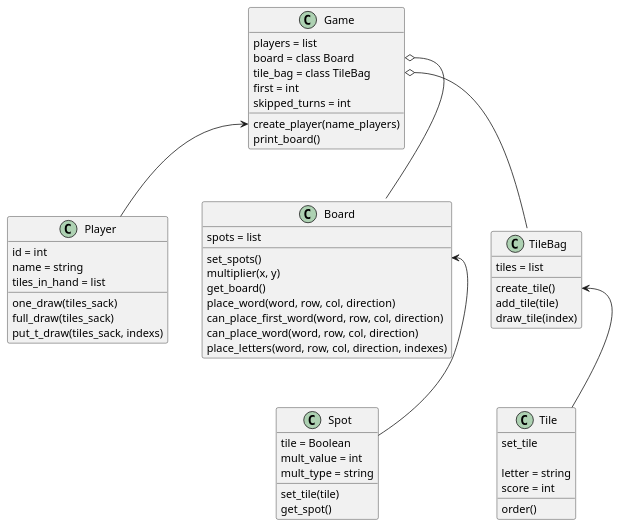
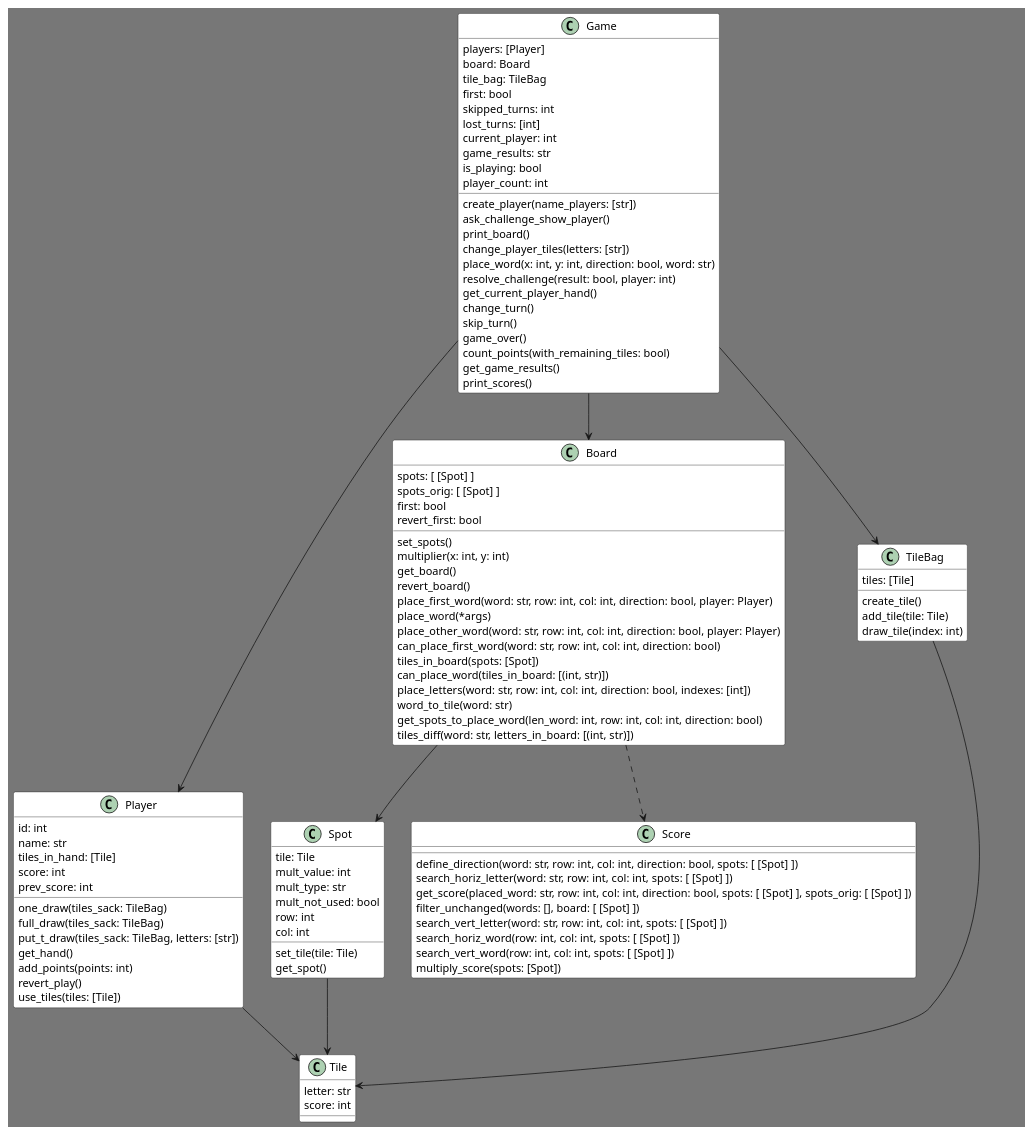
One commit to evbeda/games5 changed the diagram in scrabble/class_diagram.plantuml. Above: the diagram before and after it, drawn with PlantUML.

Commit message:
Update class diagram

```diff
--- a/scrabble/class_diagram.plantuml
+++ b/scrabble/class_diagram.plantuml
@@ -1,67 +1,116 @@
 @startuml scrabble
+skinparam ClassFontColor automatic
+skinparam ClassHeaderBackgroundColor #444
+skinparam ClassBackgroundColor #ffffff
+skinparam BackgroundColor #777
 
-class Game{
-    players = list
-    board = class Board
-    tile_bag = class TileBag
-    first = int
-    skipped_turns = int
+class Game {
+    players: [Player]
+    board: Board
+    tile_bag: TileBag
+    first: bool
+    skipped_turns: int
+    lost_turns: [int]
+    current_player: int
+    game_results: str
+    is_playing: bool
+    player_count: int
 
-    create_player(name_players)
+    create_player(name_players: [str])
+    ask_challenge_show_player()
     print_board()
+    change_player_tiles(letters: [str])
+    place_word(x: int, y: int, direction: bool, word: str)
+    resolve_challenge(result: bool, player: int)
+    get_current_player_hand()
+    change_turn()
+    skip_turn()
+    game_over()
+    count_points(with_remaining_tiles: bool)
+    get_game_results()
+    print_scores()
 }
 
 class Player {
-    id = int
-    name = string
-    tiles_in_hand = list
+    id: int
+    name: str
+    tiles_in_hand: [Tile]
+    score: int
+    prev_score: int
 
-    one_draw(tiles_sack)
-    full_draw(tiles_sack)
-    put_t_draw(tiles_sack, indexs)
+    one_draw(tiles_sack: TileBag)
+    full_draw(tiles_sack: TileBag)
+    put_t_draw(tiles_sack: TileBag, letters: [str])
+    get_hand()
+    add_points(points: int)
+    revert_play()
+    use_tiles(tiles: [Tile])
 }
 
 class Board {
-    spots = list
+    spots: [ [Spot] ]
+    spots_orig: [ [Spot] ]
+    first: bool
+    revert_first: bool
 
     set_spots()
-    multiplier(x, y)
+    multiplier(x: int, y: int)
     get_board()
-    place_word(word, row, col, direction)
-    can_place_first_word(word, row, col, direction)
-    can_place_word(word, row, col, direction)
-    place_letters(word, row, col, direction, indexes)
+    revert_board()
+    place_first_word(word: str, row: int, col: int, direction: bool, player: Player)
+    place_word(*args)
+    place_other_word(word: str, row: int, col: int, direction: bool, player: Player)
+    can_place_first_word(word: str, row: int, col: int, direction: bool)
+    tiles_in_board(spots: [Spot])
+    can_place_word(tiles_in_board: [(int, str)])
+    place_letters(word: str, row: int, col: int, direction: bool, indexes: [int])
+    word_to_tile(word: str)
+    get_spots_to_place_word(len_word: int, row: int, col: int, direction: bool)
+    tiles_diff(word: str, letters_in_board: [(int, str)])
 }
 
 class TileBag{
-    tiles = list
+    tiles: [Tile]
 
     create_tile()
-    add_tile(tile)
-    draw_tile(index)
+    add_tile(tile: Tile)
+    draw_tile(index: int)
 }
 
 class Spot {
-    tile = Boolean
-    mult_value = int
-    mult_type = string
+    tile: Tile
+    mult_value: int
+    mult_type: str
+    mult_not_used: bool
+    row: int
+    col: int
 
-    set_tile(tile)
+    set_tile(tile: Tile)
     get_spot()
 }
 
 class Tile {
-    set_tile
-
-    letter = string
-    score = int
-
-    order()
+    letter: str
+    score: int
 }
 
-Game::create_player <-- Player
-Game::board o-- Board
-Game::tile_bag o-- TileBag
-Board::set_spots <-- Spot
-TileBag::create_tile <-- Tile
+class Score {
+    define_direction(word: str, row: int, col: int, direction: bool, spots: [ [Spot] ])
+    search_horiz_letter(word: str, row: int, col: int, spots: [ [Spot] ])
+    get_score(placed_word: str, row: int, col: int, direction: bool, spots: [ [Spot] ], spots_orig: [ [Spot] ])
+    filter_unchanged(words: [], board: [ [Spot] ])
+    search_vert_letter(word: str, row: int, col: int, spots: [ [Spot] ])
+    search_horiz_word(row: int, col: int, spots: [ [Spot] ])
+    search_vert_word(row: int, col: int, spots: [ [Spot] ])
+    multiply_score(spots: [Spot])
+}
+
+Game --> Player
+Game --> Board
+Game --> TileBag
+Board --> Spot
+Player --> Tile
+TileBag --> Tile
+Spot --> Tile
+Board ..> Score
 @enduml
```
